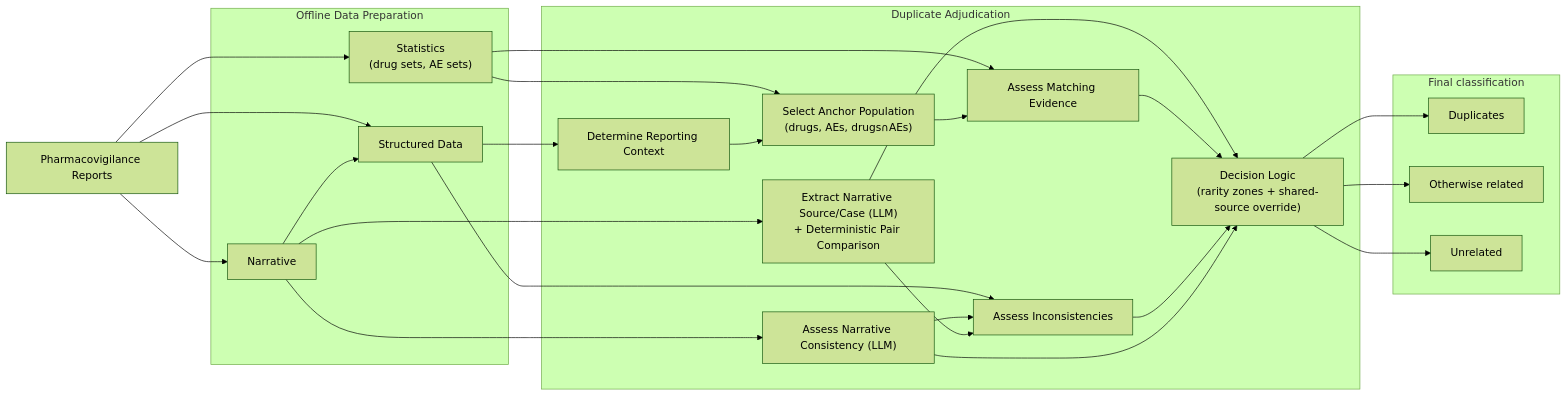
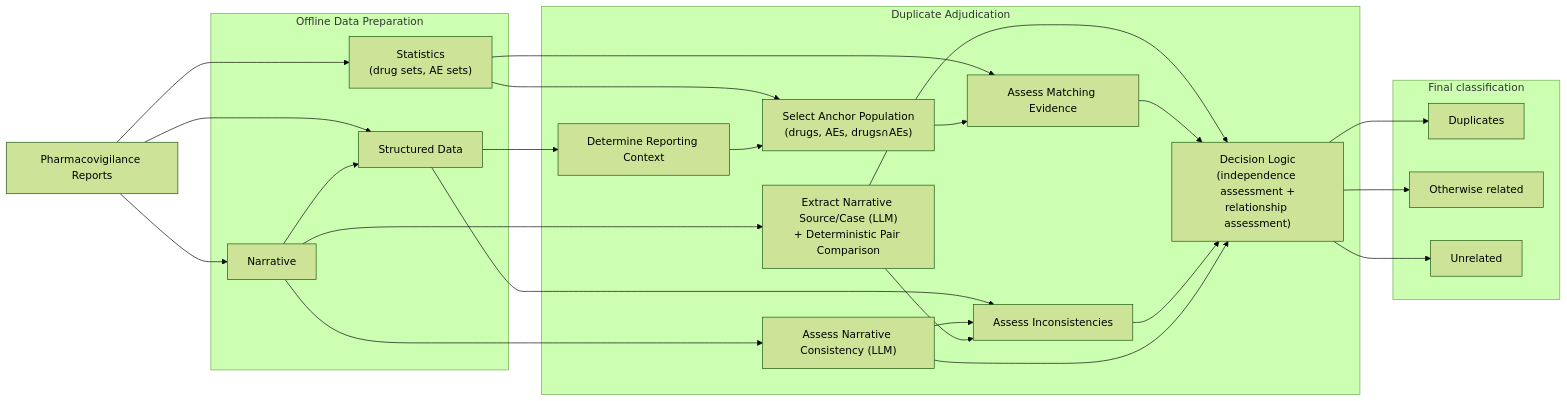
One commit to Uppsala-Monitoring-Centre/vigiTwin changed the diagram in docs/pipeline_overview.md. Above: the diagram before and after it, drawn with Mermaid (forest theme). The commit also changed other lines of this file and 15 other files, not shown here.

````diff
--- a/docs/pipeline_overview.md
+++ b/docs/pipeline_overview.md
@@ -35,55 +38,55 @@
 ```mermaid
 flowchart LR
 
 A["Pharmacovigilance Reports"]
 
 subgraph Data_Preparation["Offline Data Preparation"]
 B["Structured Data"]
 C["Narrative"]
 D["Statistics<br>(drug sets, AE sets)"]
 end
 
 subgraph Adjudication["Duplicate Adjudication"]
 E["Determine Reporting Context"]
 F["Select Anchor Population<br>(drugs, AEs, drugs∩AEs)"]
 H["Assess Matching Evidence"]
 I["Assess Inconsistencies"]
 J["Assess Narrative Consistency (LLM)"]
 S["Extract Narrative Source/Case (LLM)<br>+ Deterministic Pair Comparison"]
-K["Decision Logic<br>(rarity zones + shared-source override)"]
+K["Decision Logic<br>(independence assessment +<br>relationship assessment)"]
 end
 
 subgraph Output["Final classification"]
 M["Duplicates"]
 N["Otherwise related"]
 O["Unrelated"]
 end
 
 
 A --> B
 A --> C
 A --> D
 
 B --> E
 B --> I
 C --> B
 C --> J
 C --> S
 D --> F
 D --> H
 
 E --> F
 F --> H
 J --> I
 S --> I
 S --> K
 
 
 H --> K
 I --> K
 J --> K
 
 K --> M
 K --> N
 K --> O
 ```
````
